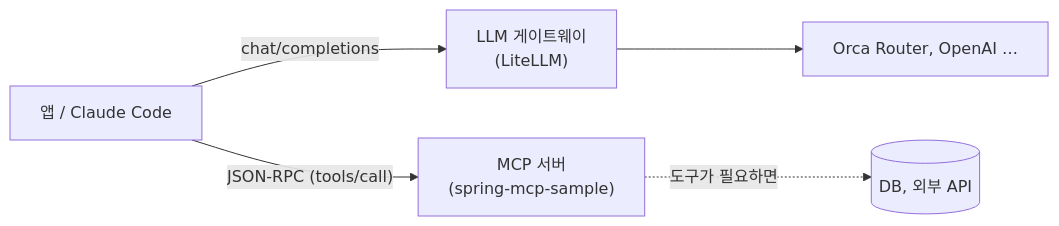
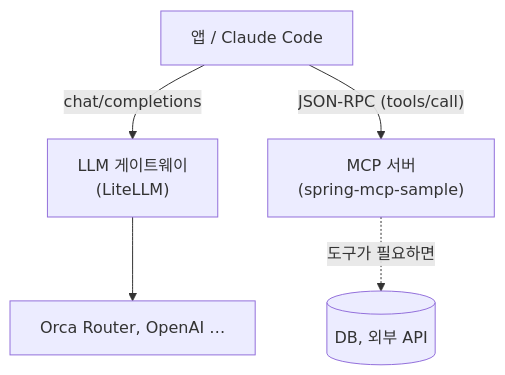
The first of 2 diagrams in _posts/2026-09-27-llm-stack-deep-dive-qna.md (rojae/rojae.github.io), drawn with Mermaid before and after one commit. The commit also changed other lines of this file and 55 other files, not shown here.

Commit message:
docs: 2026-09-25 이후 글 11편 개편 (SSE·LiteLLM·MCP·심화 문답·FluxGate·해외 본인인증·GLM·가비아 메일·설계 회고·zcode·Two Sum), 다이어그램·표·mermaid 모바일 가독성 공통 개선

````diff
--- a/_posts/2026-09-27-llm-stack-deep-dive-qna.md
+++ b/_posts/2026-09-27-llm-stack-deep-dive-qna.md
@@ -247,7 +222,7 @@
 ```mermaid
-flowchart LR
+flowchart TB
     A["앱 / Claude Code"] -- "chat/completions" --> GW["LLM 게이트웨이<br/>(LiteLLM)"]
     GW --> UP["Orca Router, OpenAI …"]
     A -- "JSON-RPC (tools/call)" --> MCP["MCP 서버<br/>(spring-mcp-sample)"]
     MCP -. "도구가 필요하면" .-> DB[("DB, 외부 API")]
 ```
````
